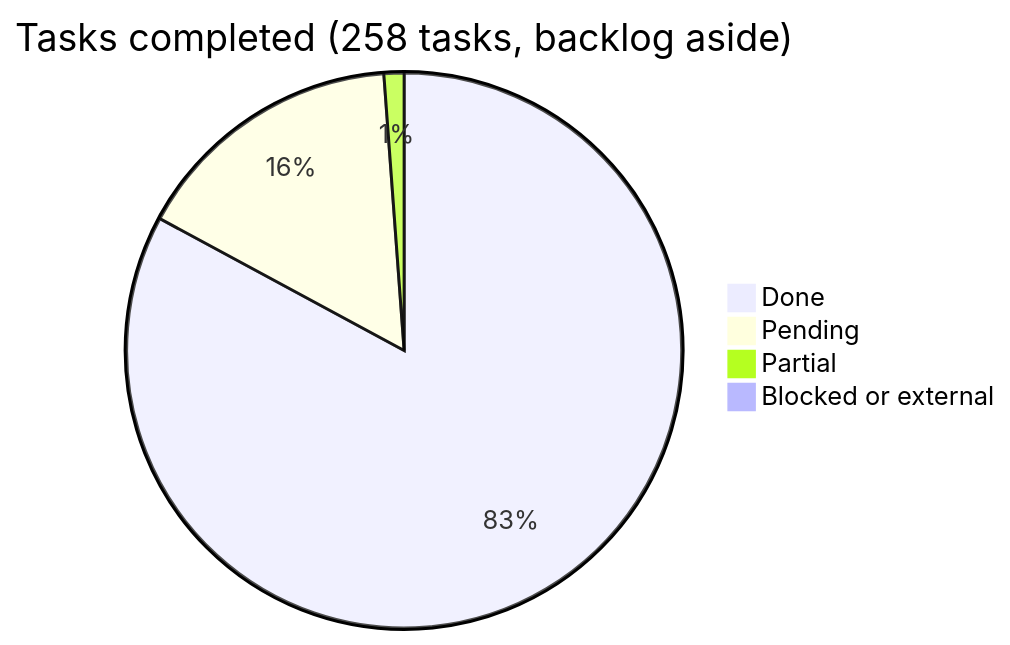
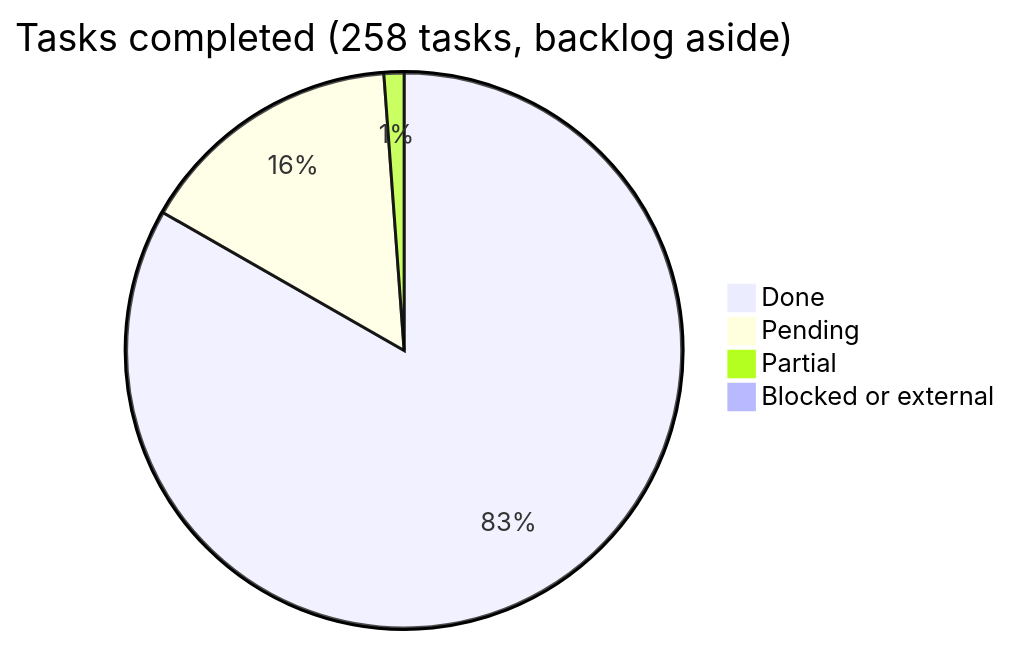
The diagram in docs/roadmap/README.md (araguaney-org/araguaney-app), drawn with Mermaid before and after one commit. The commit also changed other lines of this file and 1 other file, not shown here.

Commit message:
docs(roadmap): record that the stock filter needed no change

````diff
--- a/docs/roadmap/README.md
+++ b/docs/roadmap/README.md
@@ -43,7 +43,7 @@
 ```mermaid
 pie title Tasks completed (258 tasks, backlog aside)
-    "Done" : 213
-    "Pending" : 41
+    "Done" : 214
+    "Pending" : 40
     "Partial" : 3
     "Blocked or external" : 1
 ```
````
